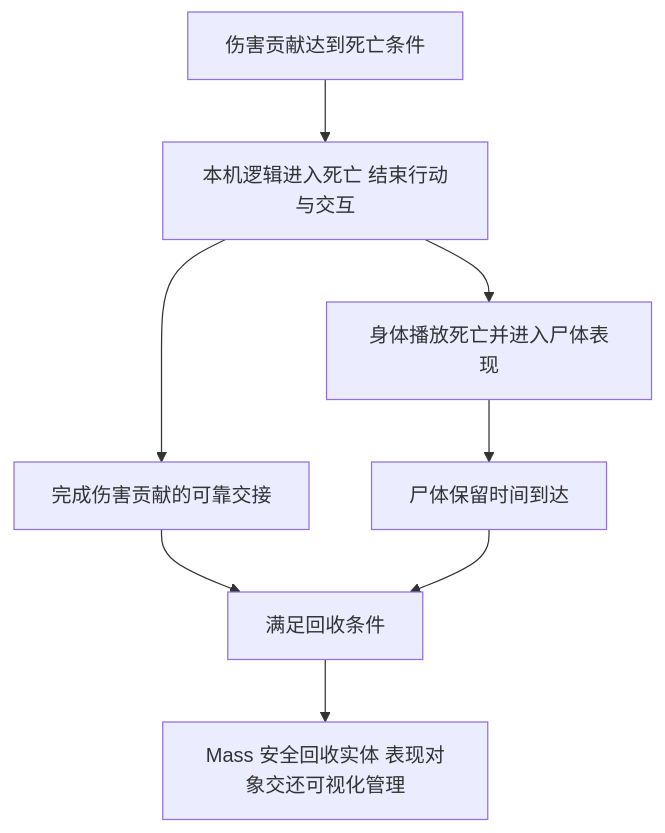
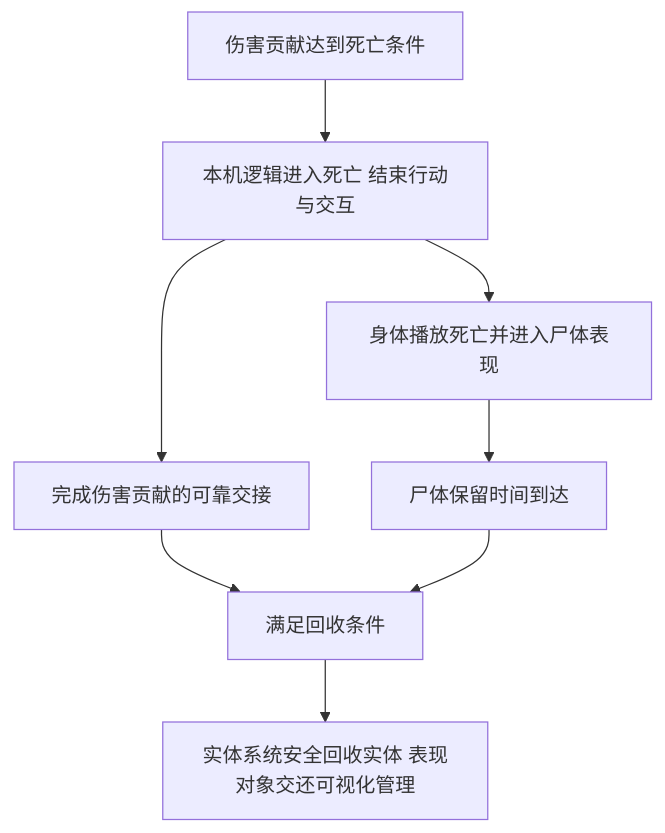
Before and after one commit to bunkerboy258/UBBBNexus: the third of 3 diagrams in Mass/Instance/Monster/Law.md, drawn with Mermaid. The commit also changed other lines of this file and 1 other file, not shown here.

Commit message:
Map monster and projectile directories to plain Chinese architecture terms

````diff
--- a/Mass/Instance/Monster/Law.md
+++ b/Mass/Instance/Monster/Law.md
@@ -77,10 +102,10 @@
 ```mermaid
 flowchart TD
-    A["伤害贡献达到死亡条件"] --> B["本机逻辑进入死亡 结束行动与交互"]
-    B --> C["身体播放死亡并进入尸体表现"]
-    B --> D["完成伤害贡献的可靠交接"]
-    C --> E["尸体保留时间到达"]
-    D --> F["满足回收条件"]
-    E --> F
-    F --> G["Mass 安全回收实体 表现对象交还可视化管理"]
+    死亡判定["伤害贡献达到死亡条件"] --> 死亡状态["本机逻辑进入死亡 结束行动与交互"]
+    死亡状态 --> 尸体表现["身体播放死亡并进入尸体表现"]
+    死亡状态 --> 伤害交接["完成伤害贡献的可靠交接"]
+    尸体表现 --> 保留时限["尸体保留时间到达"]
+    伤害交接 --> 回收检查["满足回收条件"]
+    保留时限 --> 回收检查
+    回收检查 --> 实体回收["实体系统安全回收实体 表现对象交还可视化管理"]
 ```
````
